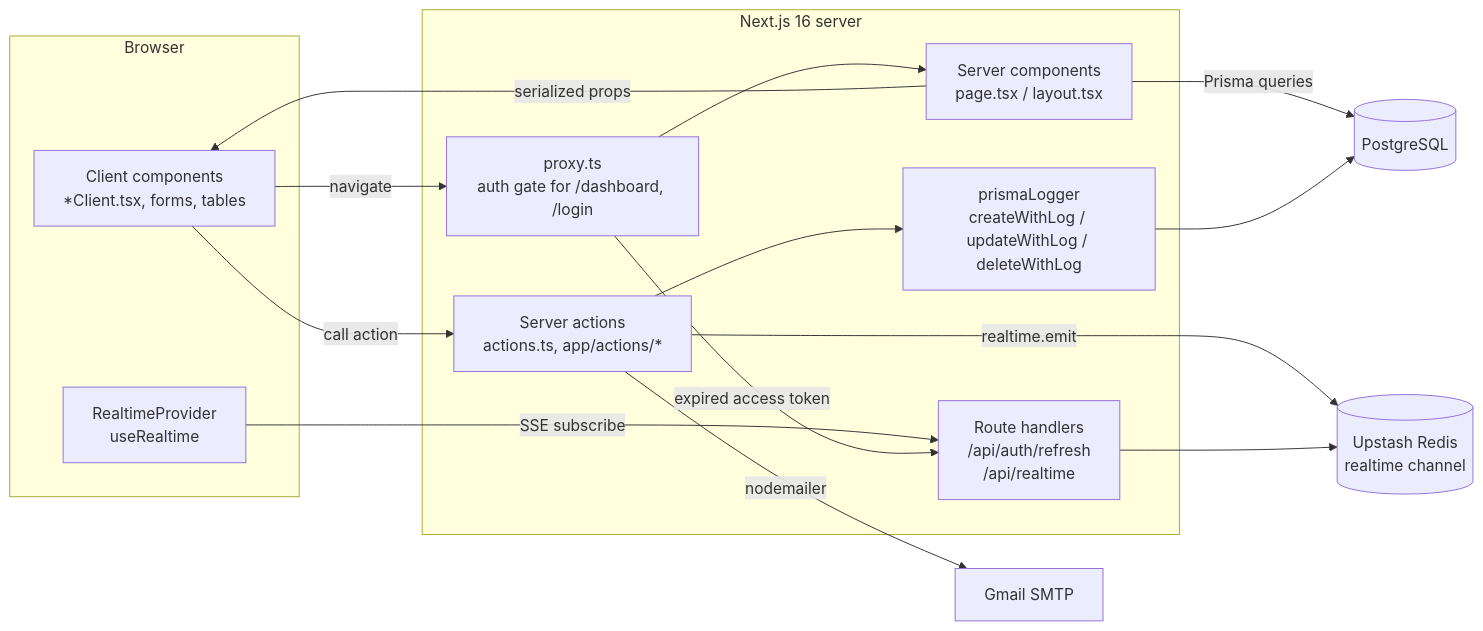
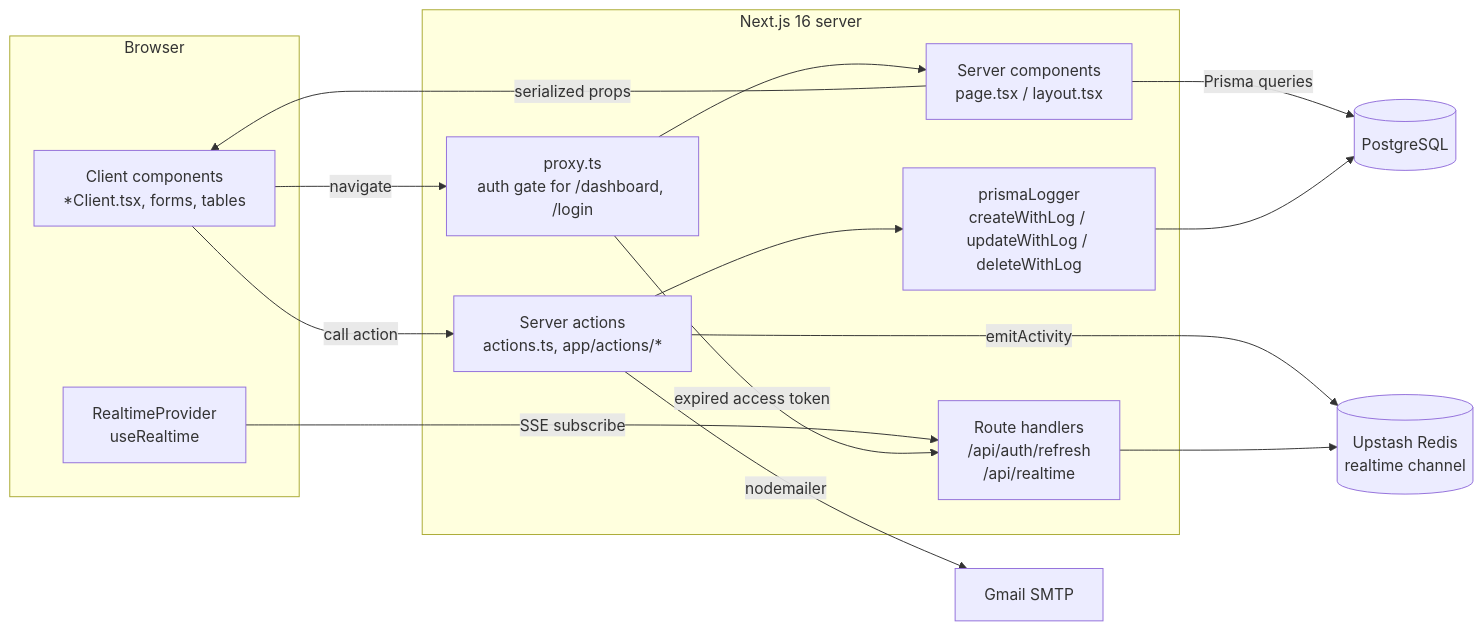
The first of 2 diagrams in docs/03-architecture.md (kai-dev00/Bean-Counter), drawn with Mermaid before and after one commit. The commit also changed other lines of this file and 44 other files, not shown here.

````diff
--- a/docs/03-architecture.md
+++ b/docs/03-architecture.md
@@ -7,29 +7,29 @@
 ```mermaid
 flowchart LR
   subgraph Browser
     UI[Client components<br/>*Client.tsx, forms, tables]
     RT[RealtimeProvider<br/>useRealtime]
   end
 
   subgraph NextJS["Next.js 16 server"]
     PX[proxy.ts<br/>auth gate for /dashboard, /login]
     RSC[Server components<br/>page.tsx / layout.tsx]
     SA[Server actions<br/>actions.ts, app/actions/*]
     RH[Route handlers<br/>/api/auth/refresh<br/>/api/realtime]
     LOG[prismaLogger<br/>createWithLog / updateWithLog / deleteWithLog]
   end
 
   DB[(PostgreSQL)]
   UP[(Upstash Redis<br/>realtime channel)]
   GM[Gmail SMTP]
 
   UI -- navigate --> PX --> RSC
   RSC -- Prisma queries --> DB
   RSC -- serialized props --> UI
   UI -- call action --> SA
   SA --> LOG --> DB
-  SA -- realtime.emit --> UP
+  SA -- emitActivity --> UP
   SA -- nodemailer --> GM
   RT -- SSE subscribe --> RH --> UP
   PX -- expired access token --> RH
 ```
````
